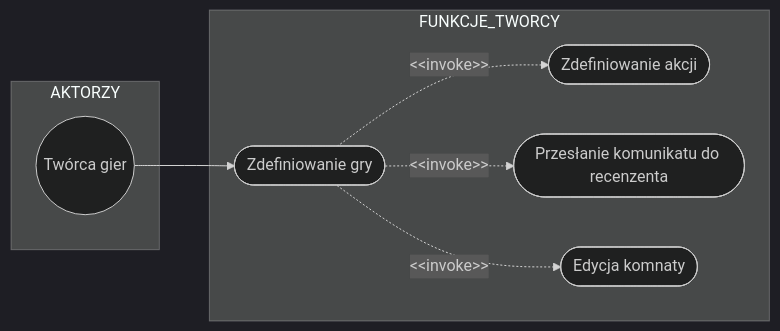
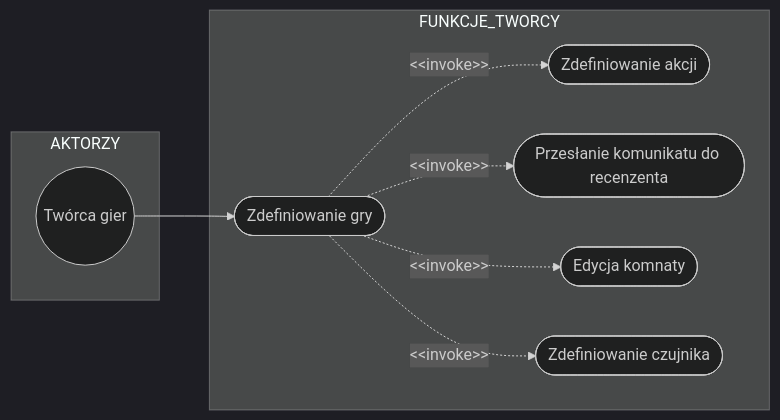
Before and after one commit to lzajka/project_iwo: diagram 17 of 19 in README.md, drawn with Mermaid (dark theme). The commit also changed other lines of this file, not shown here.

````diff
--- a/README.md
+++ b/README.md
@@ -1839,22 +1881,24 @@
 ```mermaid
 flowchart LR
 
 %% ===== AKTORZY =====
 subgraph AKTORZY
 TG((Twórca gier))
 end
 
 %% ===== FUNKCJE TWORCY =====
 subgraph FUNKCJE_TWORCY
 GDF([Zdefiniowanie gry])
 ADF([Zdefiniowanie akcji])
 SCR([Przesłanie komunikatu do recenzenta])
 KED([Edycja komnaty])
+SEDF([Zdefiniowanie czujnika])
 end
 
 %% ===== RELACJE =====
 TG --> GDF
 GDF -. "&lt;&lt;invoke&gt;&gt;" .-> ADF
 GDF -. "&lt;&lt;invoke&gt;&gt;" .-> SCR
-GDF -. "&lt;&lt;invoke&gt;&gt;" .-> KED 
+GDF -. "&lt;&lt;invoke&gt;&gt;" .-> KED
+GDF -. <&ltinvoke>> .-> SEDF
 ```
````
